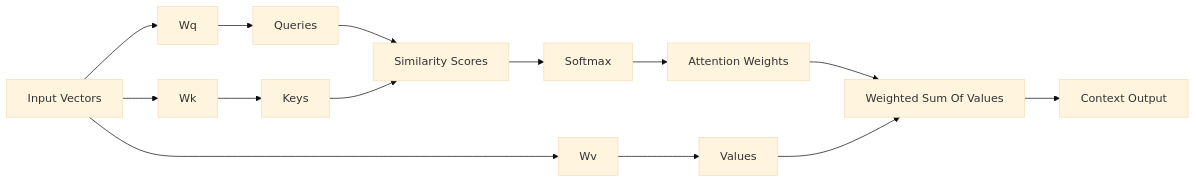
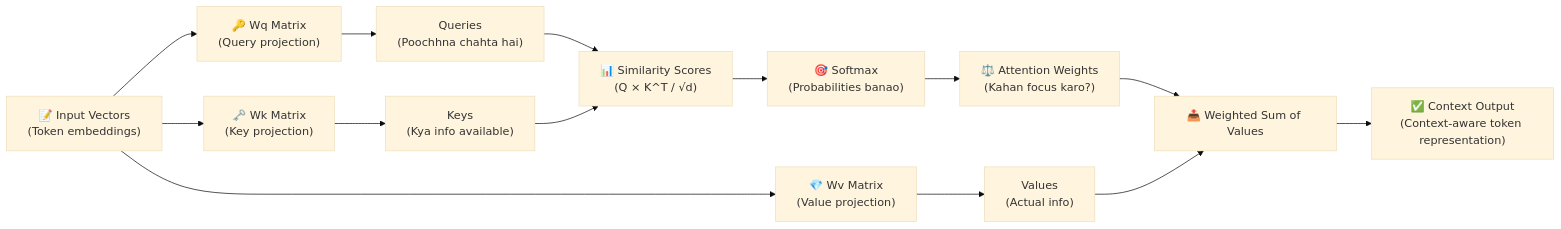
One commit to Sameer-Malik20/SusaGPT-Build-LLM-From-Scratch-With-Hinglish-Learning-Material changed the sixth of 24 diagrams in docs/susagpt/SusaGPT_Diagram_Guide.md. Above: the diagram before and after it, drawn with Mermaid (base theme). The commit also changed other lines of this file and 10 other files, not shown here.

````diff
--- a/docs/susagpt/SusaGPT_Diagram_Guide.md
+++ b/docs/susagpt/SusaGPT_Diagram_Guide.md
@@ -147,16 +252,18 @@
 ```mermaid
 flowchart LR
-    A[Input Vectors] --> B[Wq]
-    A --> C[Wk]
-    A --> D[Wv]
-    B --> E[Queries]
-    C --> F[Keys]
-    D --> G[Values]
-    E --> H[Similarity Scores]
-    F --> H
-    H --> I[Softmax]
-    I --> J[Attention Weights]
-    J --> K[Weighted Sum Of Values]
-    G --> K
-    K --> L[Context Output]
+    IN["📝 Input Vectors\n(Token embeddings)"] --> WQ["🔑 Wq Matrix\n(Query projection)"]
+    IN --> WK["🗝️ Wk Matrix\n(Key projection)"]
+    IN --> WV["💎 Wv Matrix\n(Value projection)"]
+
+    WQ --> Q["Queries\n(Poochhna chahta hai)"]
+    WK --> K["Keys\n(Kya info available)"]
+    WV --> V["Values\n(Actual info)"]
+
+    Q --> SIM["📊 Similarity Scores\n(Q × K^T / √d)"]
+    K --> SIM
+    SIM --> SOFT["🎯 Softmax\n(Probabilities banao)"]
+    SOFT --> AW["⚖️ Attention Weights\n(Kahan focus karo?)"]
+    AW --> WS["📤 Weighted Sum of Values"]
+    V --> WS
+    WS --> CTX["✅ Context Output\n(Context-aware token representation)"]
 ```
````
